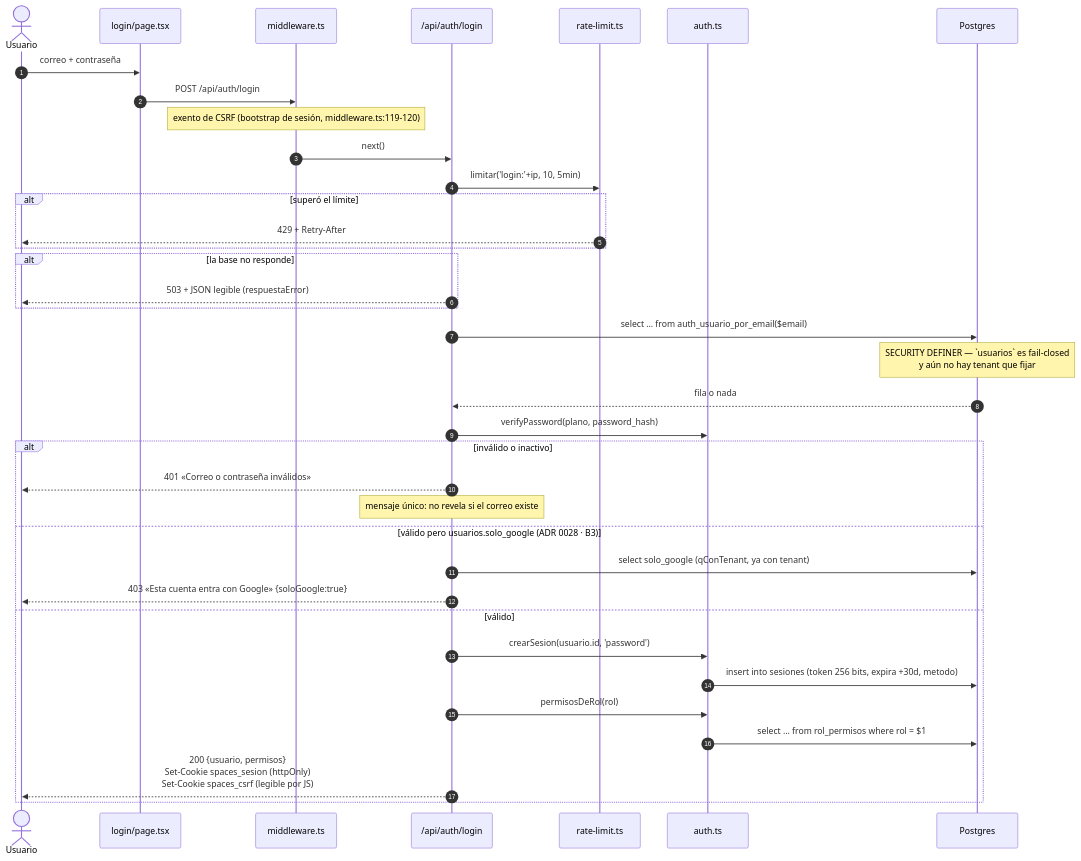
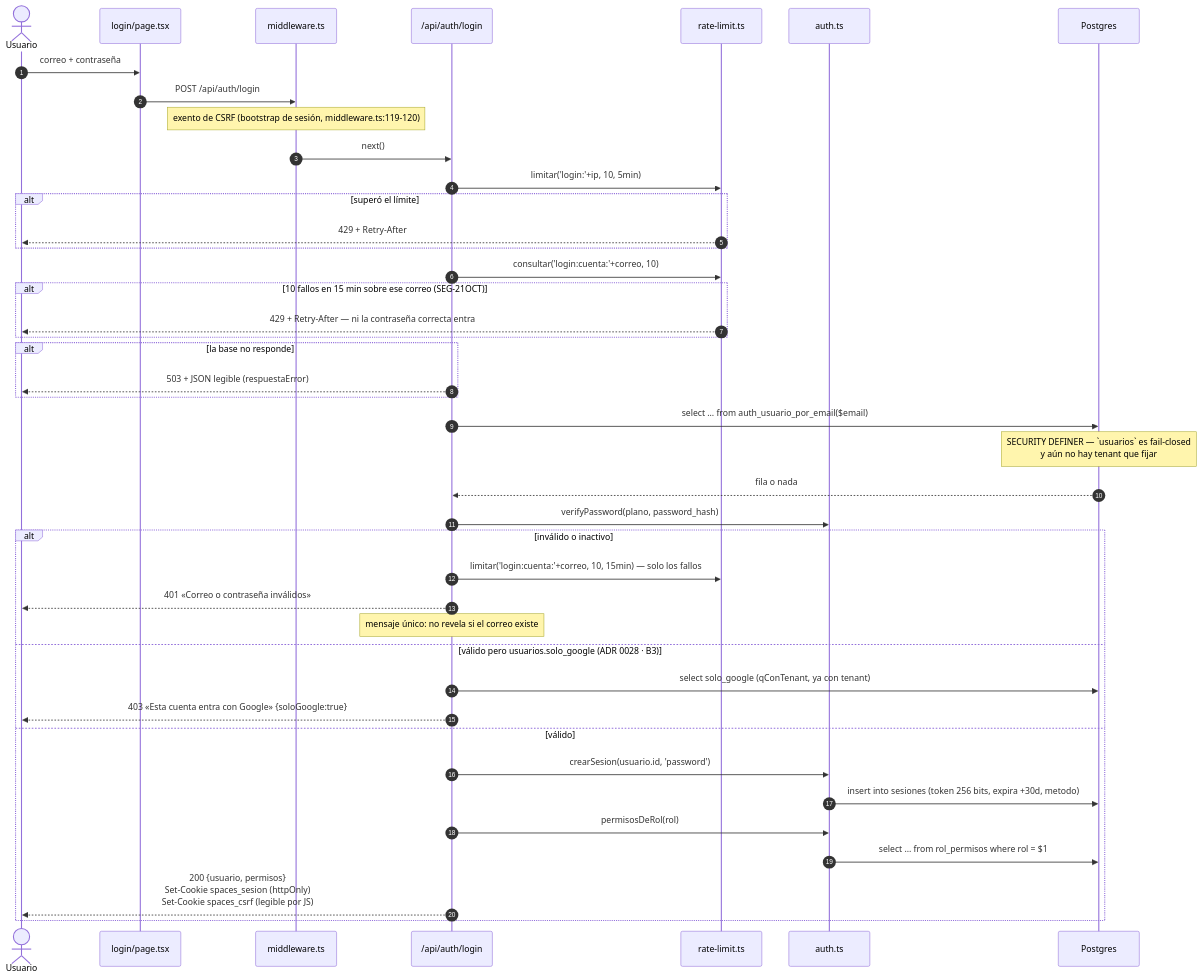
One commit to emiliano-cyber/spaces_dooh_new changed the first of 2 diagrams in vault/05-Flujos/flujo-login.md. Above: the diagram before and after it, drawn with Mermaid. The commit also changed other lines of this file and 34 other files, not shown here.

````diff
--- a/vault/05-Flujos/flujo-login.md
+++ b/vault/05-Flujos/flujo-login.md
@@ -20,40 +20,45 @@
 ```mermaid
 sequenceDiagram
     autonumber
     actor U as Usuario
     participant P as login/page.tsx
     participant MW as middleware.ts
     participant RT as /api/auth/login
     participant RL as rate-limit.ts
     participant AU as auth.ts
     participant PG as Postgres
 
     U->>P: correo + contraseña
     P->>MW: POST /api/auth/login
     Note over MW: exento de CSRF (bootstrap de sesión, middleware.ts:119-120)
     MW->>RT: next()
     RT->>RL: limitar('login:'+ip, 10, 5min)
     alt superó el límite
         RL-->>U: 429 + Retry-After
     end
+    RT->>RL: consultar('login:cuenta:'+correo, 10)
+    alt 10 fallos en 15 min sobre ese correo (SEG-21OCT)
+        RL-->>U: 429 + Retry-After — ni la contraseña correcta entra
+    end
     alt la base no responde
         RT-->>U: 503 + JSON legible (respuestaError)
     end
     RT->>PG: select … from auth_usuario_por_email($email)
     Note over PG: SECURITY DEFINER — `usuarios` es fail-closed<br/>y aún no hay tenant que fijar
     PG-->>RT: fila o nada
     RT->>AU: verifyPassword(plano, password_hash)
     alt inválido o inactivo
+        RT->>RL: limitar('login:cuenta:'+correo, 10, 15min) — solo los fallos
         RT-->>U: 401 «Correo o contraseña inválidos»
         Note over RT: mensaje único: no revela si el correo existe
     else válido pero usuarios.solo_google (ADR 0028 · B3)
         RT->>PG: select solo_google (qConTenant, ya con tenant)
         RT-->>U: 403 «Esta cuenta entra con Google» {soloGoogle:true}
     else válido
         RT->>AU: crearSesion(usuario.id, 'password')
         AU->>PG: insert into sesiones (token 256 bits, expira +30d, metodo)
         RT->>AU: permisosDeRol(rol)
         AU->>PG: select … from rol_permisos where rol = $1
         RT-->>U: 200 {usuario, permisos}<br/>Set-Cookie spaces_sesion (httpOnly)<br/>Set-Cookie spaces_csrf (legible por JS)
     end
 ```
````
